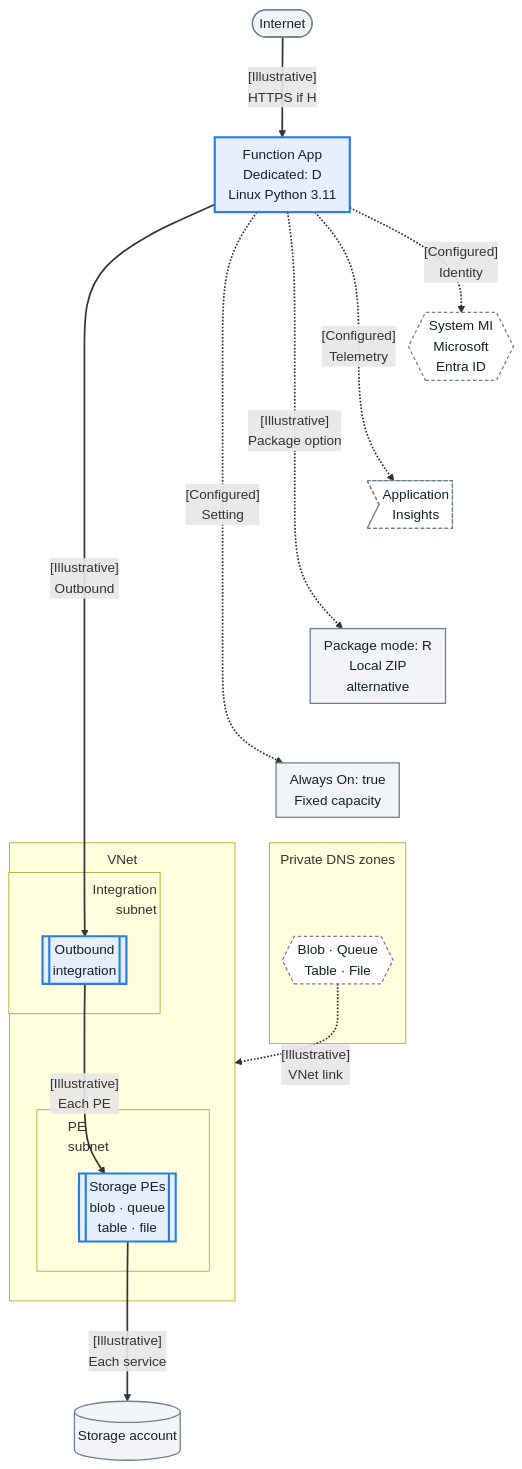
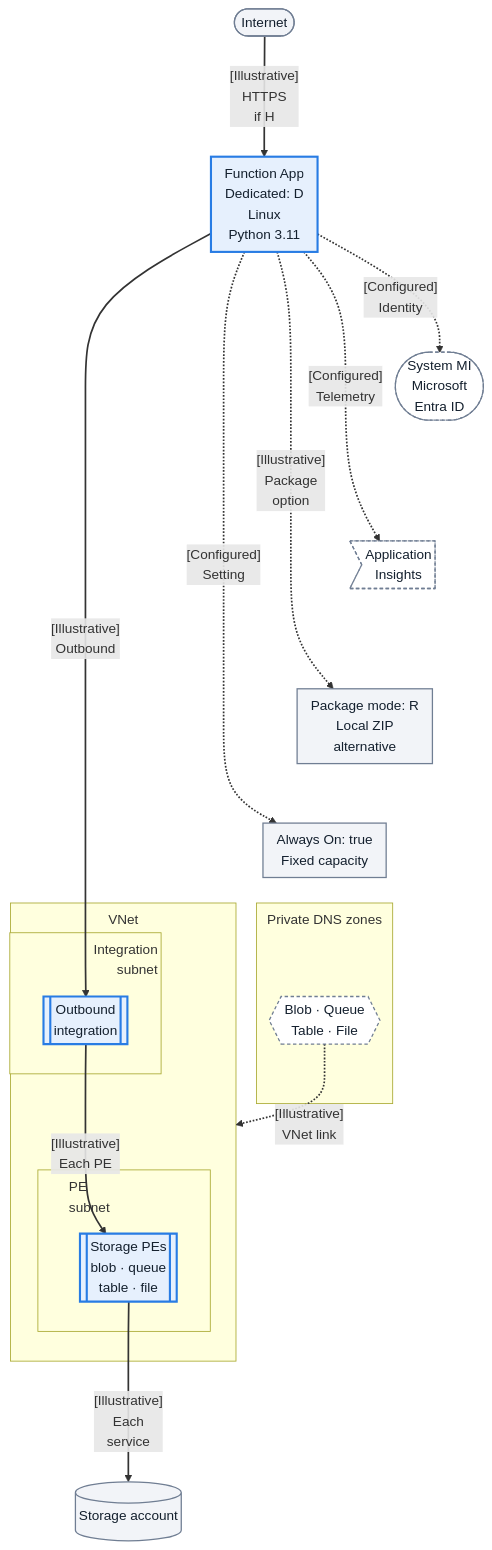
One commit to yeongseon/azure-functions-practical-guide changed the first of 2 diagrams in docs/language-guides/python/tutorial/dedicated/03-configuration.md. Above: the diagram before and after it, drawn with Mermaid. The commit also changed 2 other files, not shown here.

Commit message:
docs(diagrams): make Dedicated Python configuration topology legible on narrow screens (#604)

````diff
--- a/docs/language-guides/python/tutorial/dedicated/03-configuration.md
+++ b/docs/language-guides/python/tutorial/dedicated/03-configuration.md
@@ -82,45 +82,45 @@
 ```mermaid
 %%{init: {'flowchart': {'nodeSpacing': 10, 'rankSpacing': 70, 'padding': 8, 'subGraphTitleMargin': {'top': 8, 'bottom': 32}}}}%%
 flowchart TD
     accTitle: Python 3.11 Linux Dedicated configuration context
     accDescr: Dedicated B1 to P3v3 app outside its optional outbound integration subnet. Four distinct Storage private endpoints and DNS zones are expanded in the adjacent key. Identity, telemetry, package mode and Always On are separate associations, not data-transit hops. The networking is illustrative, not configured by this page's public B1 steps.
     client(["Internet"])
-    app_runtime["Function App<br/>Dedicated: D<br/>Linux Python 3.11"]
-    identity{{"System MI<br/>Microsoft<br/>Entra ID"}}
+    app_runtime["Function App<br/>Dedicated: D<br/>Linux<br/>Python 3.11"]
+    identity(["System MI<br/>Microsoft<br/>Entra ID"])
     telemetry>"Application<br/>Insights"]
     RFP["Package mode: R<br/>Local ZIP<br/>alternative"]
     ALWAYS_ON["Always On: true<br/>Fixed capacity"]
     subgraph DNS["Private DNS zones"]
         dns_fn{{"Blob · Queue<br/>Table · File"}}
     end
     subgraph vnet_fn["VNet"]
         subgraph subnet_int_fn["<div style='width:170px;text-align:right'>Integration<br/>subnet</div>"]
             vnet_integration[["Outbound<br/>integration"]]
         end
         subgraph subnet_pe_fn["<div style='width:130px;text-align:left'>PE<br/>subnet</div>"]
             pe_storage[["Storage PEs<br/>blob · queue<br/>table · file"]]
         end
     end
     storage_db[("Storage account")]
-    client -->|"[Illustrative]<br/>HTTPS if H"| app_runtime
+    client -->|"[Illustrative]<br/>HTTPS<br/>if H"| app_runtime
+    app_runtime -.->|"[Configured]<br/>Telemetry"| telemetry
+    app_runtime -.->|"[Illustrative]<br/>Package<br/>option"| RFP
+    app_runtime -.->|"[Configured]<br/>Setting"| ALWAYS_ON
     app_runtime -.->|"[Configured]<br/>Identity"| identity
-    app_runtime -.->|"[Configured]<br/>Telemetry"| telemetry
-    app_runtime -.->|"[Illustrative]<br/>Package option"| RFP
-    app_runtime -.->|"[Configured]<br/>Setting"| ALWAYS_ON
     dns_fn -.->|"[Illustrative]<br/>VNet link"| vnet_fn
     app_runtime -->|"[Illustrative]<br/>Outbound"| vnet_integration
     vnet_integration -->|"[Illustrative]<br/>Each PE"| pe_storage
-    pe_storage -->|"[Illustrative]<br/>Each service"| storage_db
+    pe_storage -->|"[Illustrative]<br/>Each<br/>service"| storage_db
     %% Layout-only tiers; add no requests or configuration steps.
     identity ~~~ telemetry
     telemetry ~~~ RFP
     RFP ~~~ ALWAYS_ON
     ALWAYS_ON ~~~ dns_fn
     classDef baseNeutral fill:#f2f4f8,stroke:#707e93,stroke-width:1.5px,color:#14202e;
     classDef focusActive fill:#e6f0fd,stroke:#287ce4,stroke-width:2.5px,color:#14202e;
     classDef bandMuted fill:#ffffff,stroke:#707e93,stroke-width:1.5px,stroke-dasharray:4 3,color:#14202e;
     class client,storage_db,RFP,ALWAYS_ON baseNeutral;
     class app_runtime,vnet_integration,pe_storage focusActive;
     class identity,telemetry,dns_fn bandMuted;
     linkStyle default stroke-width:2px;
 ```
````
